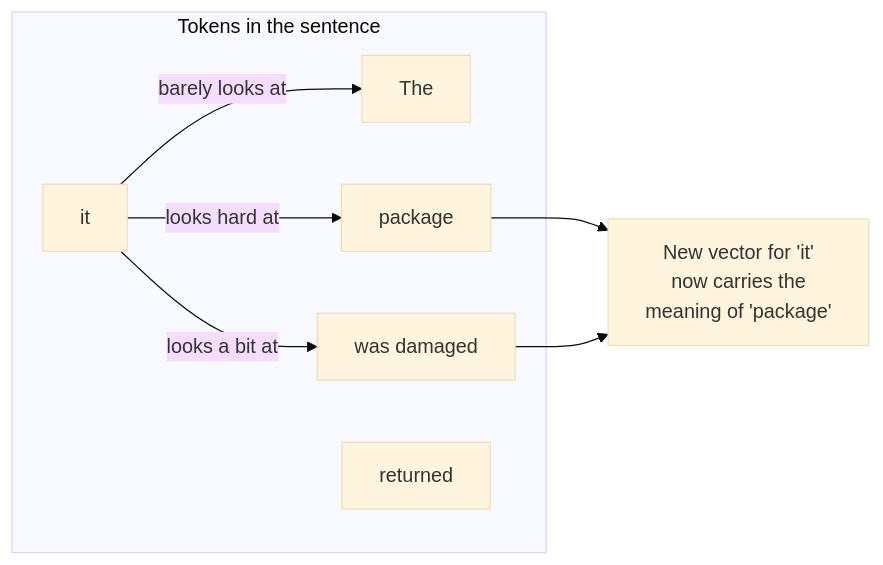
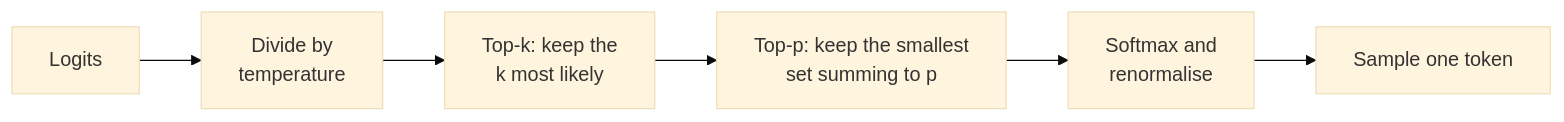
The seventh of 10 diagrams in src/Data/aiStackDocs/CH-01.md (shubamchaudhary/CodeNITW), drawn with Mermaid (base theme) before and after one commit. The commit also changed other lines of this file and 52 other files, not shown here.

````diff
--- a/src/Data/aiStackDocs/CH-01.md
+++ b/src/Data/aiStackDocs/CH-01.md
@@ -154,15 +167,8 @@
 ```mermaid
 flowchart LR
-    subgraph TOK["Tokens in the sentence"]
-        T1["The"]
-        T2["package"]
-        T3["was damaged"]
-        T4["returned"]
-        T5["it"]
-    end
-    T5 -->|"looks hard at"| T2
-    T5 -->|"looks a bit at"| T3
-    T5 -->|"barely looks at"| T1
-    T2 --> NEW["New vector for 'it'<br/>now carries the<br/>meaning of 'package'"]
-    T3 --> NEW
+    LG["Logits"] --> TP["Divide by<br/>temperature"]
+    TP --> TK["Top-k: keep the<br/>k most likely"]
+    TK --> NP["Top-p: keep the smallest<br/>set summing to p"]
+    NP --> SM["Softmax and<br/>renormalise"]
+    SM --> PK["Sample one token"]
 ```
````
